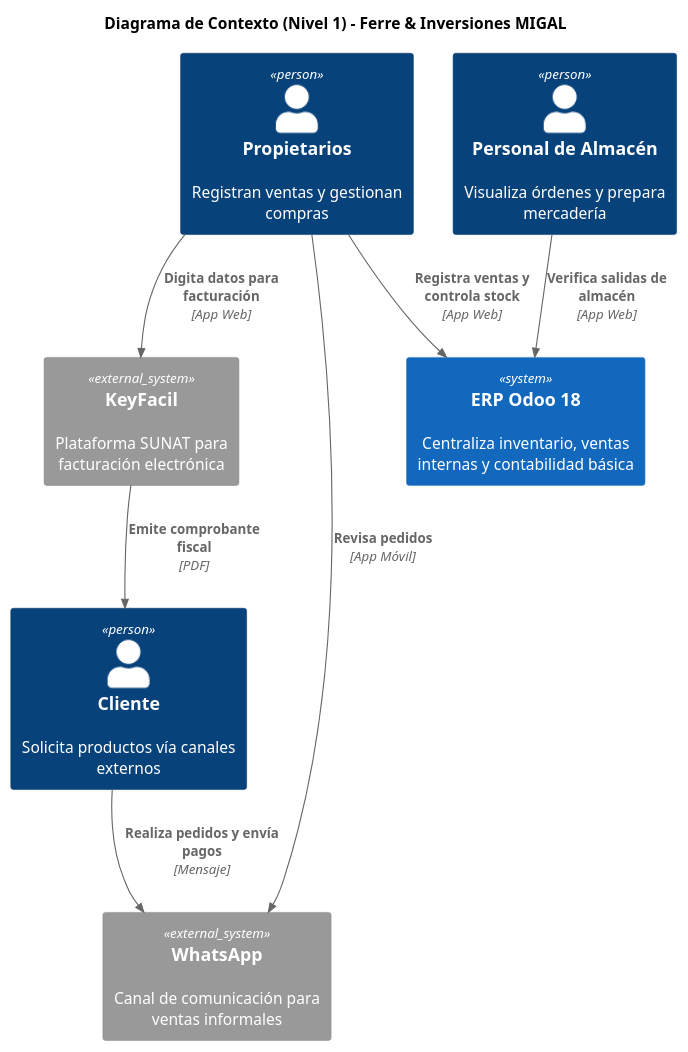
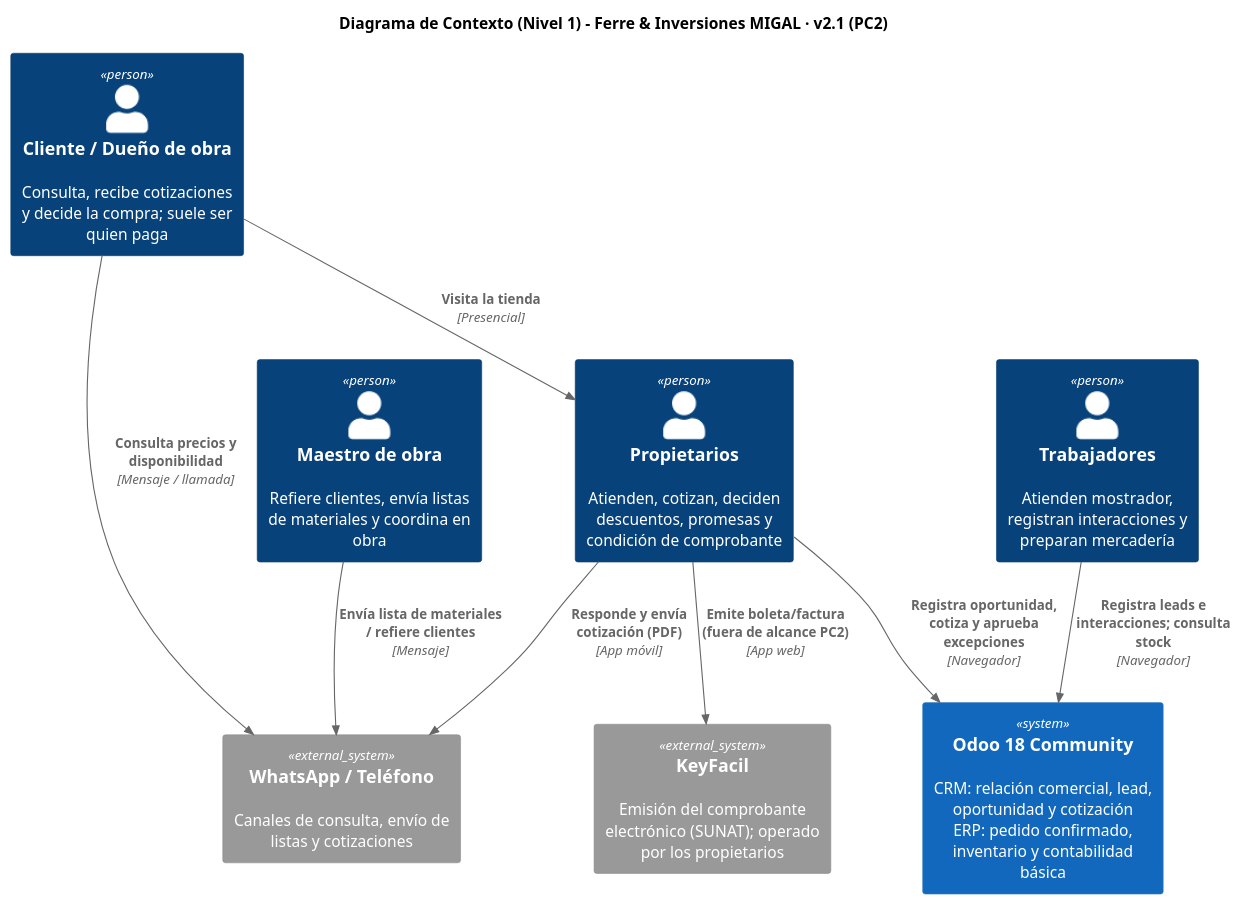
Before and after one commit to dieg0-29/migal-erp: the diagram in arquitectura/vistas/c4/fuentes/contexto.puml, drawn with PlantUML. The commit also changed 1 other file, not shown here.

Commit message:
docs(c4-contexto): incorporar crm y maestro de obra

```diff
--- a/arquitectura/vistas/c4/fuentes/contexto.puml
+++ b/arquitectura/vistas/c4/fuentes/contexto.puml
@@ -1,20 +1,22 @@
 @startuml
 !include https://raw.githubusercontent.com/plantuml-stdlib/C4-PlantUML/master/C4_Context.puml
+' v2.1 (PC2): se agrega la gestión comercial CRM dentro de Odoo 18 Community (ADR-001, ADR-002, ADR-004)
+title Diagrama de Contexto (Nivel 1) - Ferre & Inversiones MIGAL · v2.1 (PC2)
 
-title Diagrama de Contexto (Nivel 1) - Ferre & Inversiones MIGAL
+Person(cliente, "Cliente / Dueño de obra", "Consulta, recibe cotizaciones y decide la compra; suele ser quien paga")
+Person(maestro, "Maestro de obra", "Refiere clientes, envía listas de materiales y coordina en obra")
+Person(prop, "Propietarios", "Atienden, cotizan, deciden descuentos, promesas y condición de comprobante")
+Person(trab, "Trabajadores", "Atienden mostrador, registran interacciones y preparan mercadería")
 
-Person(cliente, "Cliente", "Solicita productos vía canales externos")
-Person(prop, "Propietarios", "Registran ventas y gestionan compras")
-Person(alm, "Personal de Almacén", "Visualiza órdenes y prepara mercadería")
+System_Ext(whatsapp, "WhatsApp / Teléfono", "Canales de consulta, envío de listas y cotizaciones")
+System(odoo, "Odoo 18 Community", "CRM: relación comercial, lead, oportunidad y cotización\nERP: pedido confirmado, inventario y contabilidad básica")
+System_Ext(keyfacil, "KeyFacil", "Emisión del comprobante electrónico (SUNAT); operado por los propietarios")
 
-System_Ext(whatsapp, "WhatsApp", "Canal de comunicación para ventas informales")
-System(odoo, "ERP Odoo 18", "Centraliza inventario, ventas internas y contabilidad básica")
-System_Ext(keyfacil, "KeyFacil", "Plataforma SUNAT para facturación electrónica")
-
-Rel(cliente, whatsapp, "Realiza pedidos y envía pagos", "Mensaje")
-Rel(prop, whatsapp, "Revisa pedidos", "App Móvil")
-Rel(prop, odoo, "Registra ventas y controla stock", "App Web")
-Rel(alm, odoo, "Verifica salidas de almacén", "App Web")
-Rel(prop, keyfacil, "Digita datos para facturación", "App Web")
-Rel(keyfacil, cliente, "Emite comprobante fiscal", "PDF")
+Rel(cliente, whatsapp, "Consulta precios y disponibilidad", "Mensaje / llamada")
+Rel(maestro, whatsapp, "Envía lista de materiales / refiere clientes", "Mensaje")
+Rel(cliente, prop, "Visita la tienda", "Presencial")
+Rel(prop, whatsapp, "Responde y envía cotización (PDF)", "App móvil")
+Rel(prop, odoo, "Registra oportunidad, cotiza y aprueba excepciones", "Navegador")
+Rel(trab, odoo, "Registra leads e interacciones; consulta stock", "Navegador")
+Rel(prop, keyfacil, "Emite boleta/factura (fuera de alcance PC2)", "App web")
 @enduml
```
